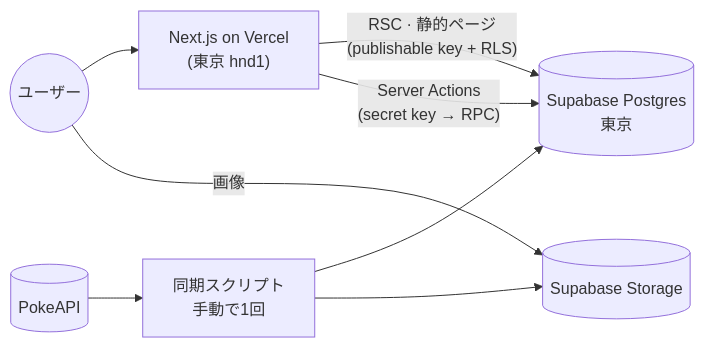
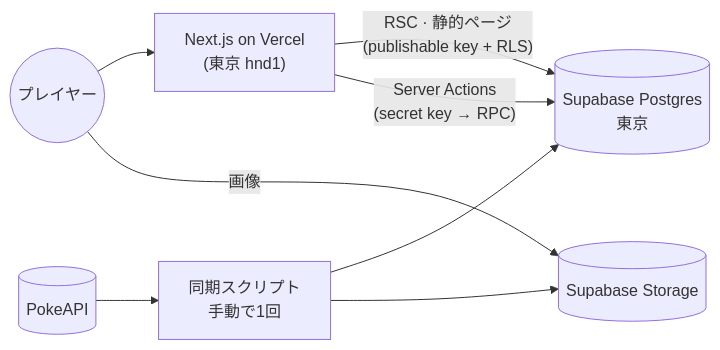
The diagram in README.ja.md (ottuck/pokepedia), drawn with Mermaid before and after one commit. The commit also changed other lines of this file and 30 other files, not shown here.

````diff
--- a/README.ja.md
+++ b/README.ja.md
@@ -40,9 +67,9 @@
 ```mermaid
 flowchart LR
-  User((ユーザー)) --> Next["Next.js on Vercel<br/>(東京 hnd1)"]
+  User((プレイヤー)) --> Next["Next.js on Vercel<br/>(東京 hnd1)"]
   Next -- "RSC · 静的ページ<br/>(publishable key + RLS)" --> DB[(Supabase Postgres<br/>東京)]
   Next -- "Server Actions<br/>(secret key → RPC)" --> DB
   User -- 画像 --> Storage[(Supabase Storage)]
   PokeAPI[(PokeAPI)] --> Sync[同期スクリプト<br/>手動で1回]
   Sync --> DB & Storage
 ```
````
